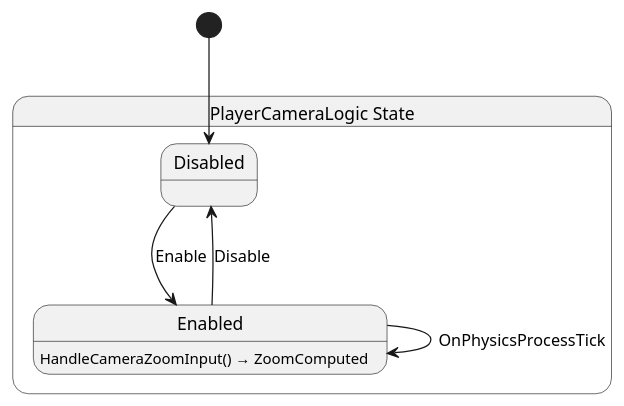
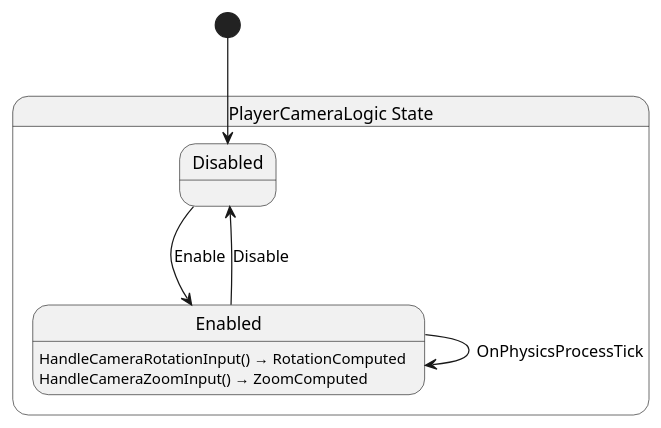
Before and after one commit to SkyValor/rescue-drone: the diagram in Scripts/Drone/PlayerCamera/State/PlayerCameraLogic.g.puml, drawn with PlantUML. The commit also changed 10 other files, not shown here.

Commit message:
Implemented the new class HoverBobComponent to hold the hover bob feature. Added extra logic around to encapsulate this feature. It only listens for the PlayerLogic class for now.

```diff
--- a/Scripts/Drone/PlayerCamera/State/PlayerCameraLogic.g.puml
+++ b/Scripts/Drone/PlayerCamera/State/PlayerCameraLogic.g.puml
@@ -1,14 +1,15 @@
 @startuml PlayerCameraLogic
 state "PlayerCameraLogic State" as RescueDrone_PlayerCameraLogic_State {
   state "Disabled" as RescueDrone_PlayerCameraLogic_State_Disabled
   state "Enabled" as RescueDrone_PlayerCameraLogic_State_Enabled
 }
 
 RescueDrone_PlayerCameraLogic_State_Disabled --> RescueDrone_PlayerCameraLogic_State_Enabled : Enable
 RescueDrone_PlayerCameraLogic_State_Enabled --> RescueDrone_PlayerCameraLogic_State_Disabled : Disable
 RescueDrone_PlayerCameraLogic_State_Enabled --> RescueDrone_PlayerCameraLogic_State_Enabled : OnPhysicsProcessTick
 
+RescueDrone_PlayerCameraLogic_State_Enabled : HandleCameraRotationInput() → RotationComputed
 RescueDrone_PlayerCameraLogic_State_Enabled : HandleCameraZoomInput() → ZoomComputed
 
 [*] --> RescueDrone_PlayerCameraLogic_State_Disabled
 @enduml
```
